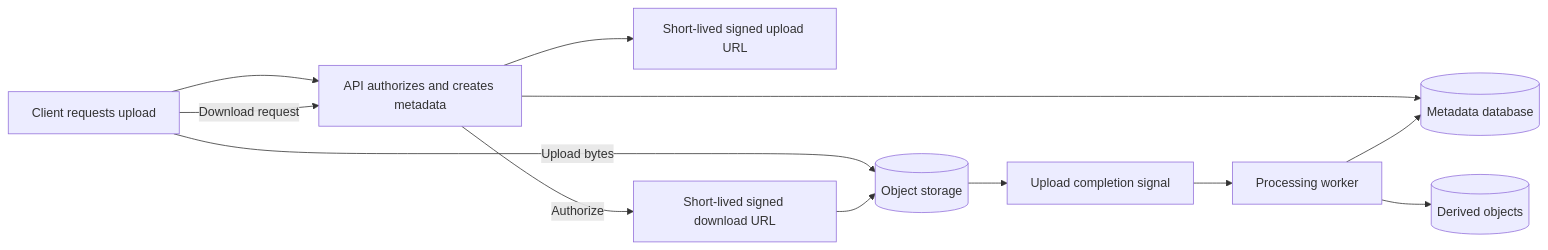
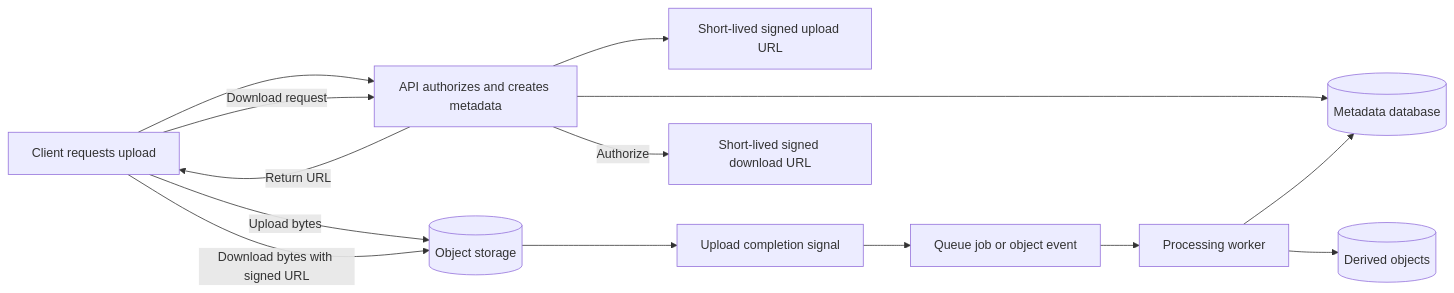
Before and after one commit to LeonSilva15/system-design: the second of 2 diagrams in docs/components/object-storage.md, drawn with Mermaid. The commit also changed other lines of this file, not shown here.

Commit message:
docs(components): SDC-E04-T09 address object storage review

````diff
--- a/docs/components/object-storage.md
+++ b/docs/components/object-storage.md
@@ -312,14 +316,16 @@
 ```mermaid
 flowchart LR
     Client[Client requests upload] --> Api[API authorizes and creates metadata]
     Api --> MetadataDb[(Metadata database)]
     Api --> SignedUrl[Short-lived signed upload URL]
     Client -->|Upload bytes| ObjectStore[(Object storage)]
     ObjectStore --> Uploaded[Upload completion signal]
-    Uploaded --> Worker[Processing worker]
+    Uploaded --> ProcessingJob[Queue job or object event]
+    ProcessingJob --> Worker[Processing worker]
     Worker --> Derivatives[(Derived objects)]
     Worker --> MetadataDb
     Client -->|Download request| Api
     Api -->|Authorize| DownloadUrl[Short-lived signed download URL]
-    DownloadUrl --> ObjectStore
+    Api -->|Return URL| Client
+    Client -->|Download bytes with signed URL| ObjectStore
 ```
````
